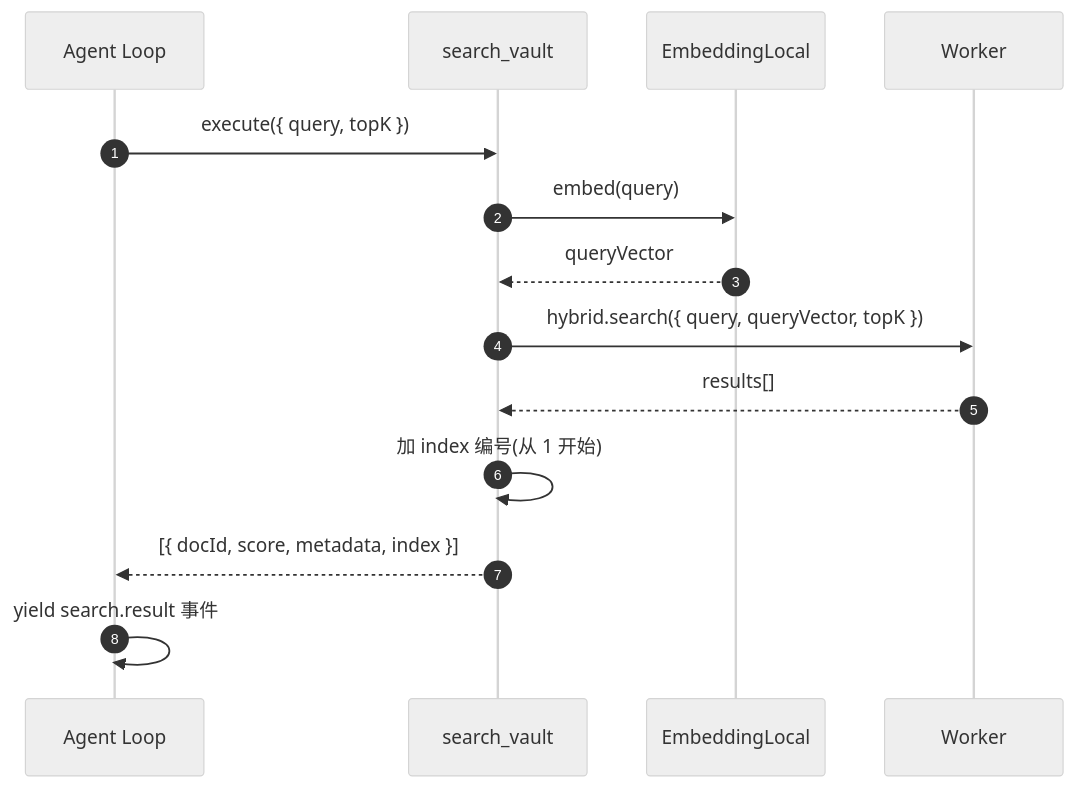
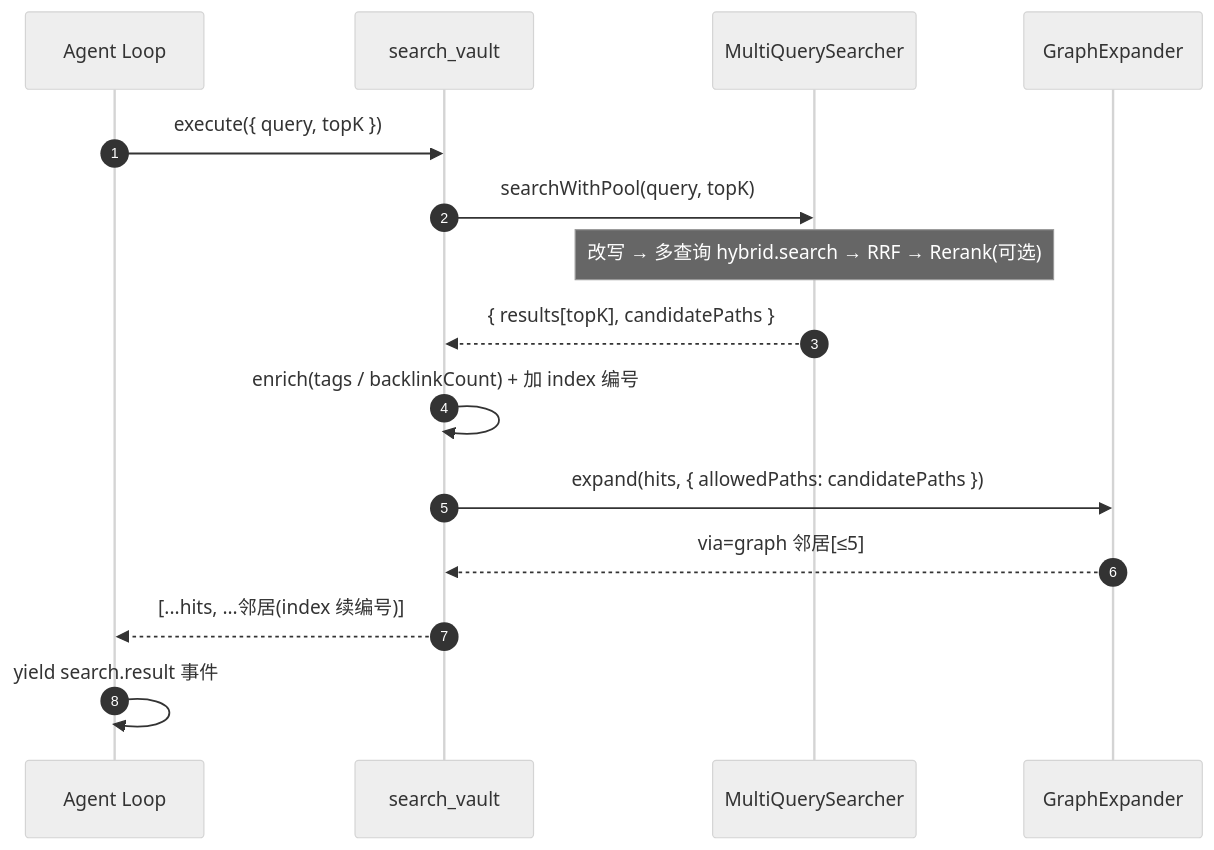
Before and after one commit to golddream-y/obsidian-ratel: the second of 3 diagrams in docs/architecture/agent/tools.md, drawn with Mermaid (neutral theme). The commit also changed other lines of this file and 15 other files, not shown here.

First line of the commit message:
docs(arch): 图谱检索 + MCP 平台 + 能力池架构设计与文档收敛

````diff
--- a/docs/architecture/agent/tools.md
+++ b/docs/architecture/agent/tools.md
@@ -159,17 +161,18 @@
 ```mermaid
 sequenceDiagram
     autonumber
     participant AL as Agent Loop
     participant SV as search_vault
-    participant EL as EmbeddingLocal
-    participant WP as Worker
+    participant MQS as MultiQuerySearcher
+    participant GE as GraphExpander
 
     AL->>SV: execute({ query, topK })
-    SV->>EL: embed(query)
-    EL-->>SV: queryVector
-    SV->>WP: hybrid.search({ query, queryVector, topK })
-    WP-->>SV: results[]
-    SV->>SV: 加 index 编号(从 1 开始)
-    SV-->>AL: [{ docId, score, metadata, index }]
+    SV->>MQS: searchWithPool(query, topK)
+    Note over MQS: 改写 → 多查询 hybrid.search → RRF → Rerank(可选)
+    MQS-->>SV: { results[topK], candidatePaths }
+    SV->>SV: enrich(tags / backlinkCount) + 加 index 编号
+    SV->>GE: expand(hits, { allowedPaths: candidatePaths })
+    GE-->>SV: via=graph 邻居[≤5]
+    SV-->>AL: [...hits, ...邻居(index 续编号)]
     AL->>AL: yield search.result 事件
 ```
````
